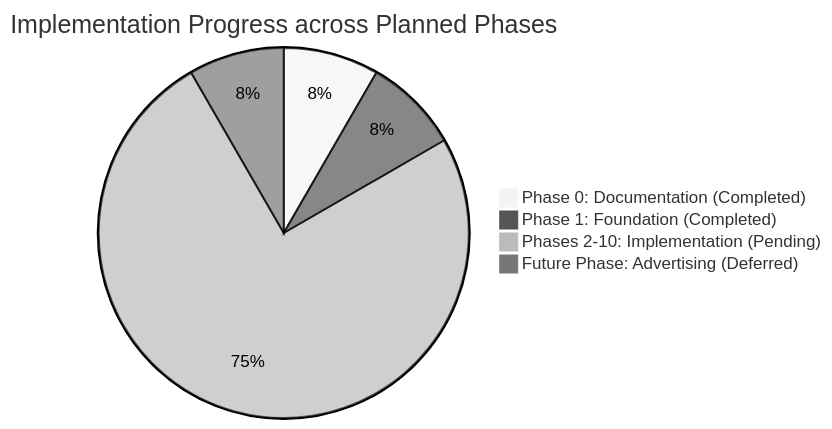
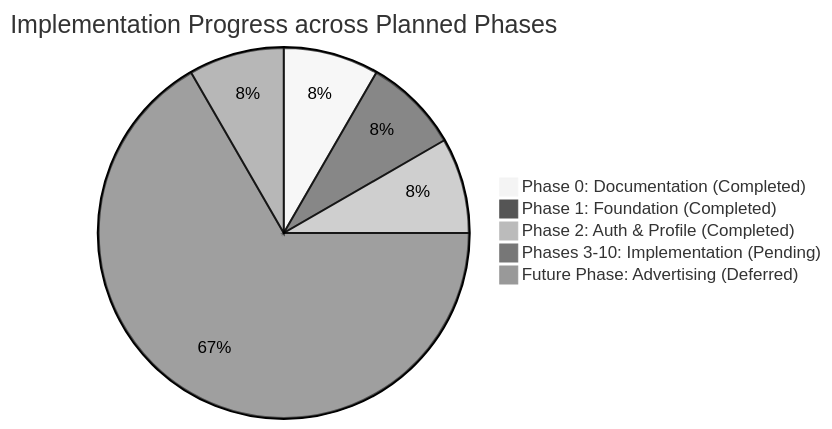
One commit to SatyamKumar-code/VitaTrack-App changed the diagram in docs/AI_PROGRESS.md. Above: the diagram before and after it, drawn with Mermaid (neutral theme). The commit also changed other lines of this file and 43 other files, not shown here.

````diff
--- a/docs/AI_PROGRESS.md
+++ b/docs/AI_PROGRESS.md
@@ -24,7 +24,8 @@
 ```mermaid
 pie title Implementation Progress across Planned Phases
     "Phase 0: Documentation (Completed)" : 1
     "Phase 1: Foundation (Completed)" : 1
-    "Phases 2-10: Implementation (Pending)" : 9
+    "Phase 2: Auth & Profile (Completed)" : 1
+    "Phases 3-10: Implementation (Pending)" : 8
     "Future Phase: Advertising (Deferred)" : 1
 ```
````
